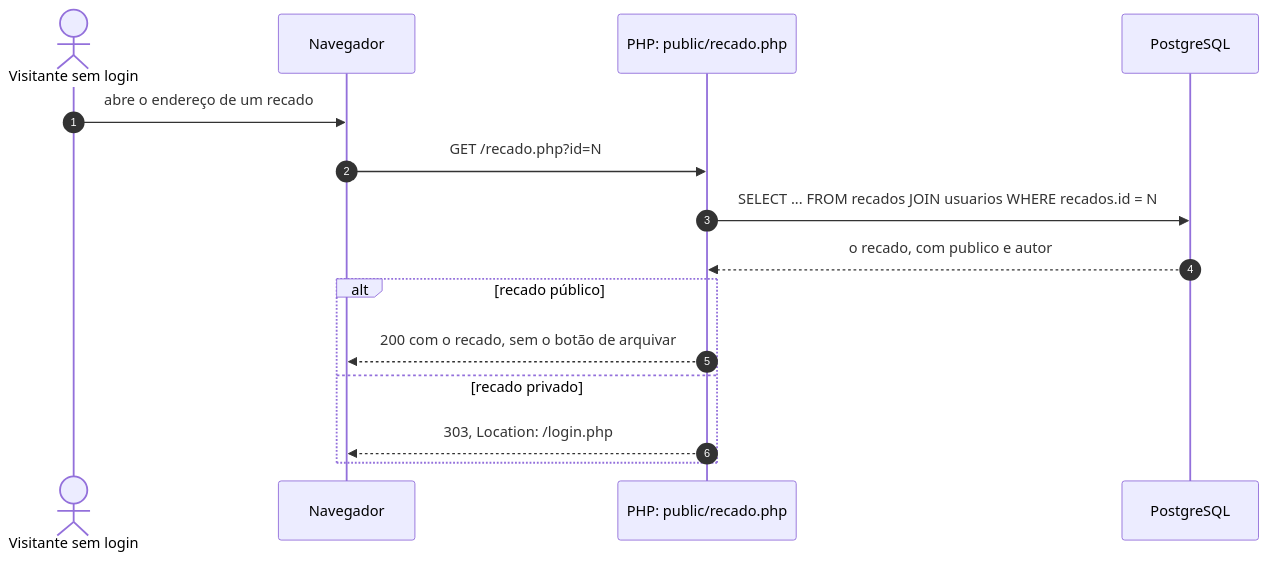
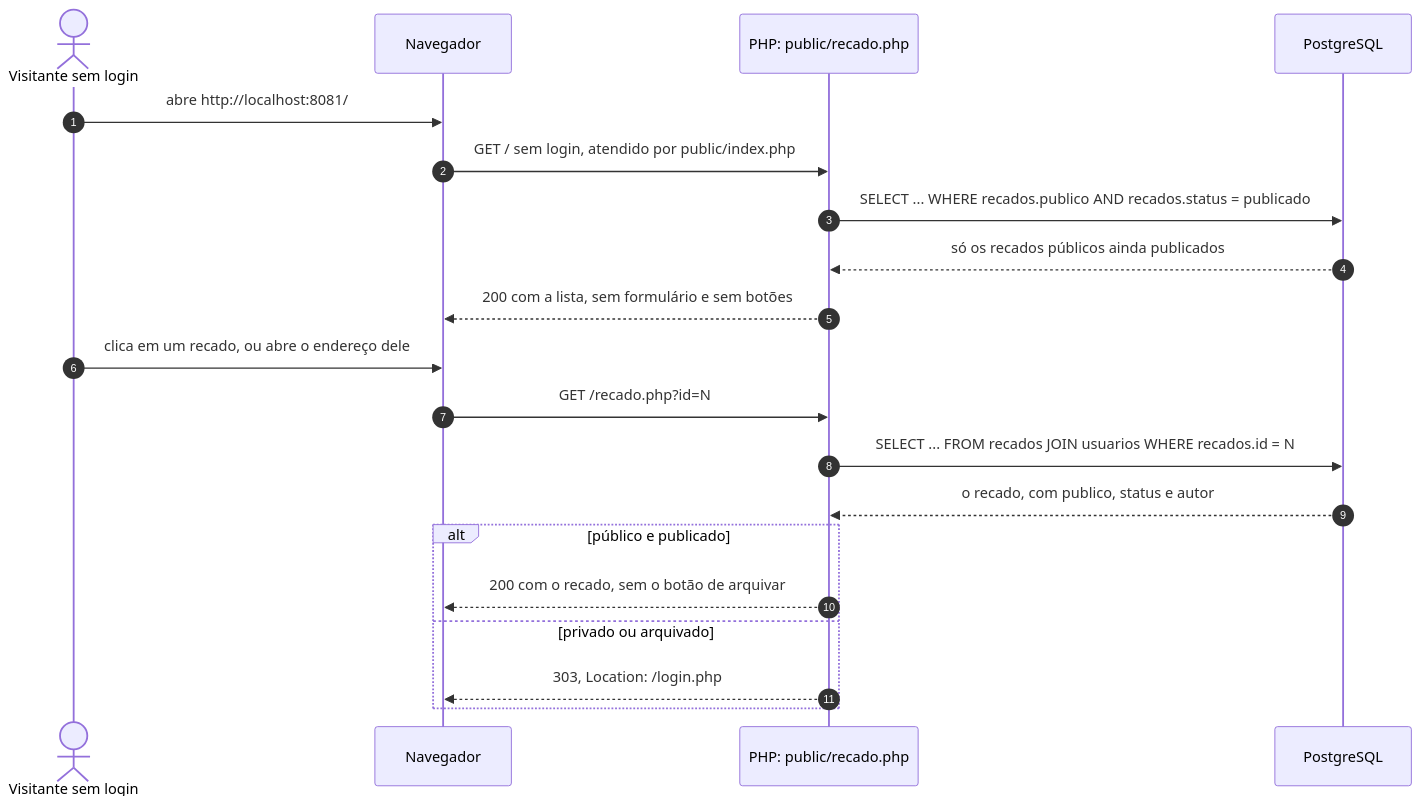
One commit to jacksongomesbr/uft-cc-dwm-mini-mural-php changed the ninth of 10 diagrams in docs/funcionamento.md. Above: the diagram before and after it, drawn with Mermaid. The commit also changed other lines of this file and 7 other files, not shown here.

First line of the commit message:
docs: etapa 4, autoria e recados públicos

````diff
--- a/docs/funcionamento.md
+++ b/docs/funcionamento.md
@@ -319,18 +328,23 @@
 ```mermaid
 sequenceDiagram
     autonumber
     actor V as Visitante sem login
     participant N as Navegador
     participant P as PHP: public/recado.php
     participant B as PostgreSQL
 
-    V->>N: abre o endereço de um recado
+    V->>N: abre http://localhost:8081/
+    N->>P: GET / sem login, atendido por public/index.php
+    P->>B: SELECT ... WHERE recados.publico AND recados.status = publicado
+    B-->>P: só os recados públicos ainda publicados
+    P-->>N: 200 com a lista, sem formulário e sem botões
+    V->>N: clica em um recado, ou abre o endereço dele
     N->>P: GET /recado.php?id=N
     P->>B: SELECT ... FROM recados JOIN usuarios WHERE recados.id = N
-    B-->>P: o recado, com publico e autor
-    alt recado público
+    B-->>P: o recado, com publico, status e autor
+    alt público e publicado
         P-->>N: 200 com o recado, sem o botão de arquivar
-    else recado privado
+    else privado ou arquivado
         P-->>N: 303, Location: /login.php
     end
 ```
````
